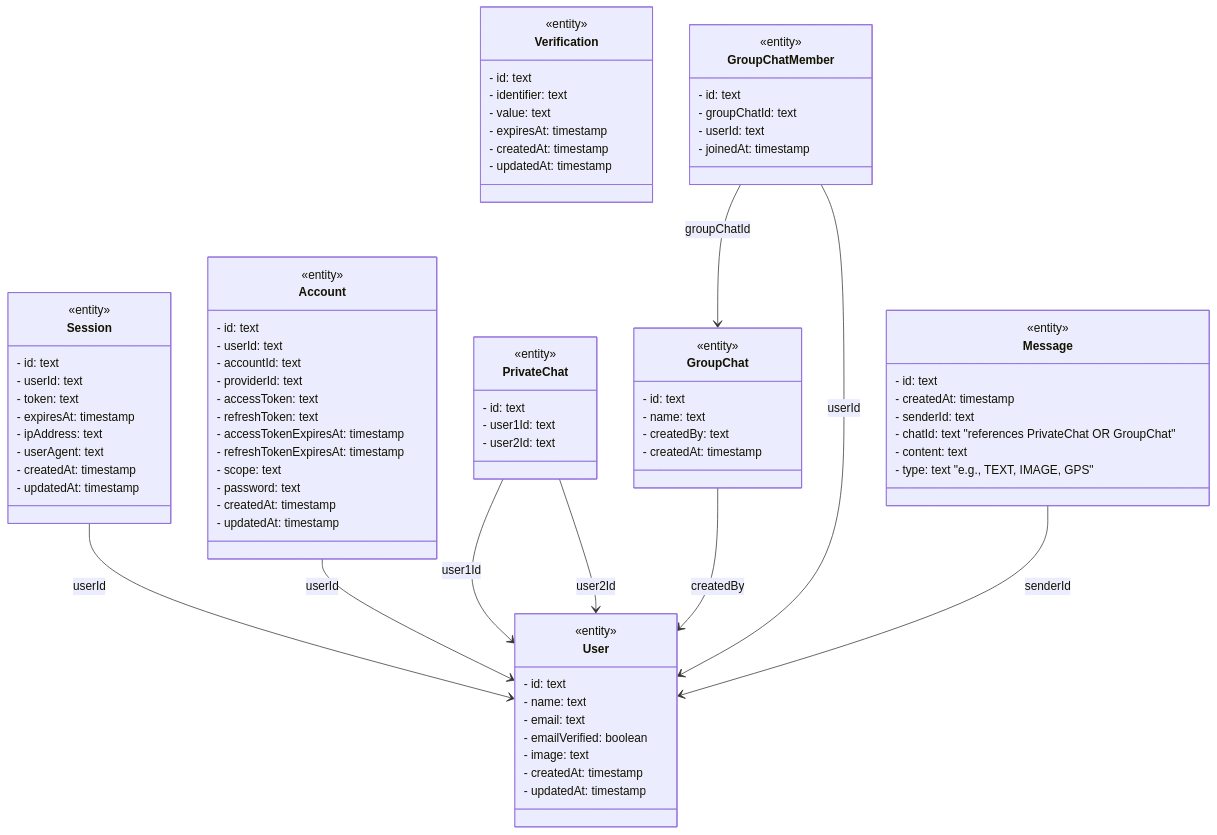
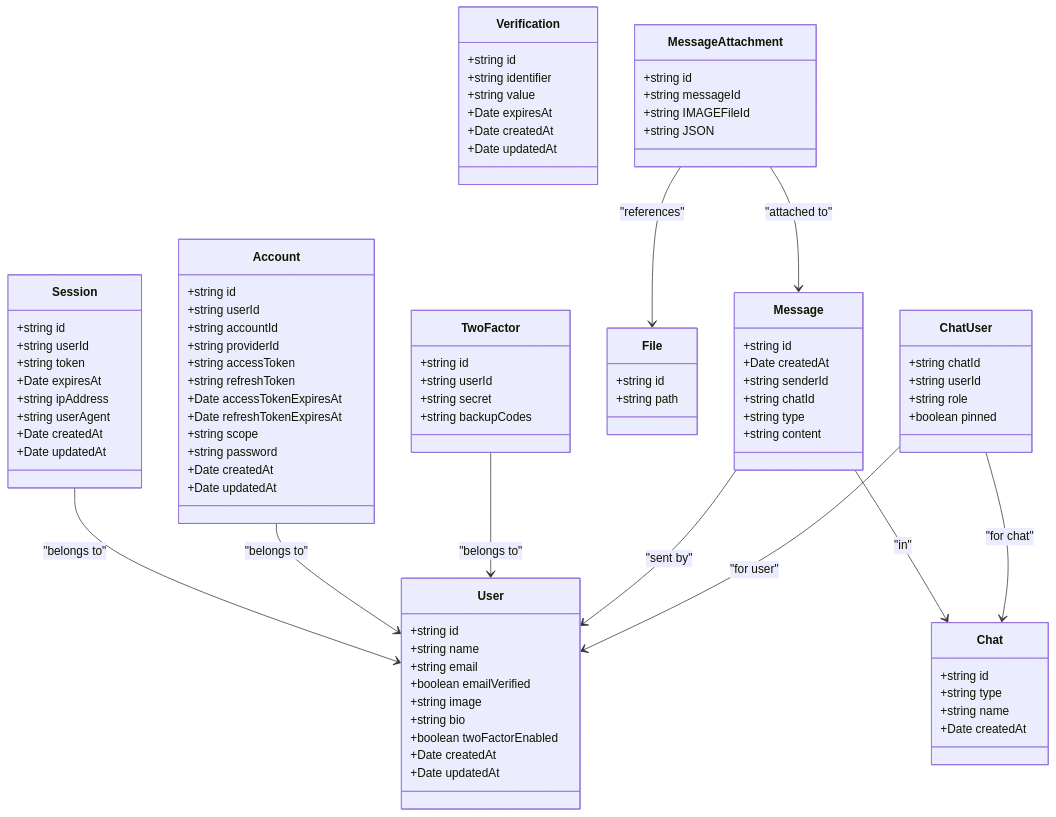
Before and after one commit to justAnArthur/slash: the third of 3 diagrams in docs/content/docs/(01-tech-overview)/architecture.mdx, drawn with Mermaid. The commit also changed other lines of this file and 5 other files, not shown here.

Commit message:
chore: added third-party-api-usage.mdx chore: update diagrams based on new schemas chore: added mobile typedoc .service fix: class 2 className

````diff
--- a/docs/content/docs/(01-tech-overview)/architecture.mdx
+++ b/docs/content/docs/(01-tech-overview)/architecture.mdx
@@ -144,95 +166,103 @@
 ```mermaid
 classDiagram
     class User {
-      <<entity>>
-      - id: text
-      - name: text
-      - email: text
-      - emailVerified: boolean
-      - image: text
-      - createdAt: timestamp
-      - updatedAt: timestamp
+      +string id
+      +string name
+      +string email
+      +boolean emailVerified
+      +string image
+      +string bio
+      +boolean twoFactorEnabled
+      +Date createdAt
+      +Date updatedAt
     }
 
     class Session {
-      <<entity>>
-      - id: text
-      - userId: text
-      - token: text
-      - expiresAt: timestamp
-      - ipAddress: text
-      - userAgent: text
-      - createdAt: timestamp
-      - updatedAt: timestamp
+      +string id
+      +string userId
+      +string token
+      +Date expiresAt
+      +string ipAddress
+      +string userAgent
+      +Date createdAt
+      +Date updatedAt
     }
 
     class Account {
-      <<entity>>
-      - id: text
-      - userId: text
-      - accountId: text
-      - providerId: text
-      - accessToken: text
-      - refreshToken: text
-      - accessTokenExpiresAt: timestamp
-      - refreshTokenExpiresAt: timestamp
-      - scope: text
-      - password: text
-      - createdAt: timestamp
-      - updatedAt: timestamp
+      +string id
+      +string userId
+      +string accountId
+      +string providerId
+      +string accessToken
+      +string refreshToken
+      +Date accessTokenExpiresAt
+      +Date refreshTokenExpiresAt
+      +string scope
+      +string password
+      +Date createdAt
+      +Date updatedAt
+    }
+
+    class TwoFactor {
+      +string id
+      +string userId
+      +string secret
+      +string backupCodes
     }
 
     class Verification {
-      <<entity>>
-      - id: text
-      - identifier: text
-      - value: text
-      - expiresAt: timestamp
-      - createdAt: timestamp
-      - updatedAt: timestamp
+      +string id
+      +string identifier
+      +string value
+      +Date expiresAt
+      +Date createdAt
+      +Date updatedAt
     }
 
-    class PrivateChat {
-      <<entity>>
-      - id: text
-      - user1Id: text
-      - user2Id: text
-    }
-
-    class GroupChat {
-      <<entity>>
-      - id: text
-      - name: text
-      - createdBy: text
-      - createdAt: timestamp
-    }
-
-    class GroupChatMember {
-      <<entity>>
-      - id: text
-      - groupChatId: text
-      - userId: text
-      - joinedAt: timestamp
+    class File {
+      +string id
+      +string path
     }
 
     class Message {
-      <<entity>>
-      - id: text
-      - createdAt: timestamp
-      - senderId: text
-      - chatId: text  "references PrivateChat OR GroupChat"
-      - content: text
-      - type: text    "e.g., TEXT, IMAGE, GPS"
+      +string id
+      +Date createdAt
+      +string senderId
+      +string chatId
+      +string type
+      +string content
+    }
+
+    class MessageAttachment {
+      +string id
+      +string messageId
+      +string IMAGEFileId
+      +string JSON
+    }
+
+    class Chat {
+      +string id
+      +string type
+      +string name
+      +Date createdAt
+    }
+
+    class ChatUser {
+      +string chatId
+      +string userId
+      +string role
+      +boolean pinned
     }
 
     %% Associations
-    Session --> User : userId
-    Account --> User : userId
-    PrivateChat --> User : user1Id
-    PrivateChat --> User : user2Id
-    GroupChat --> User : createdBy
-    GroupChatMember --> GroupChat : groupChatId
-    GroupChatMember --> User : userId
-    Message --> User : senderId
-    %% Note: Message.chatId may refer to either a PrivateChat or a GroupChat
+    Session --> User : "belongs to"
+    Account --> User : "belongs to"
+    TwoFactor --> User : "belongs to"
+    Message --> User : "sent by"
+    Message --> Chat : "in"
+    ChatUser --> Chat : "for chat"
+    ChatUser --> User : "for user"
+    MessageAttachment --> Message : "attached to"
+    MessageAttachment --> File : "references"
+
 ```
````
